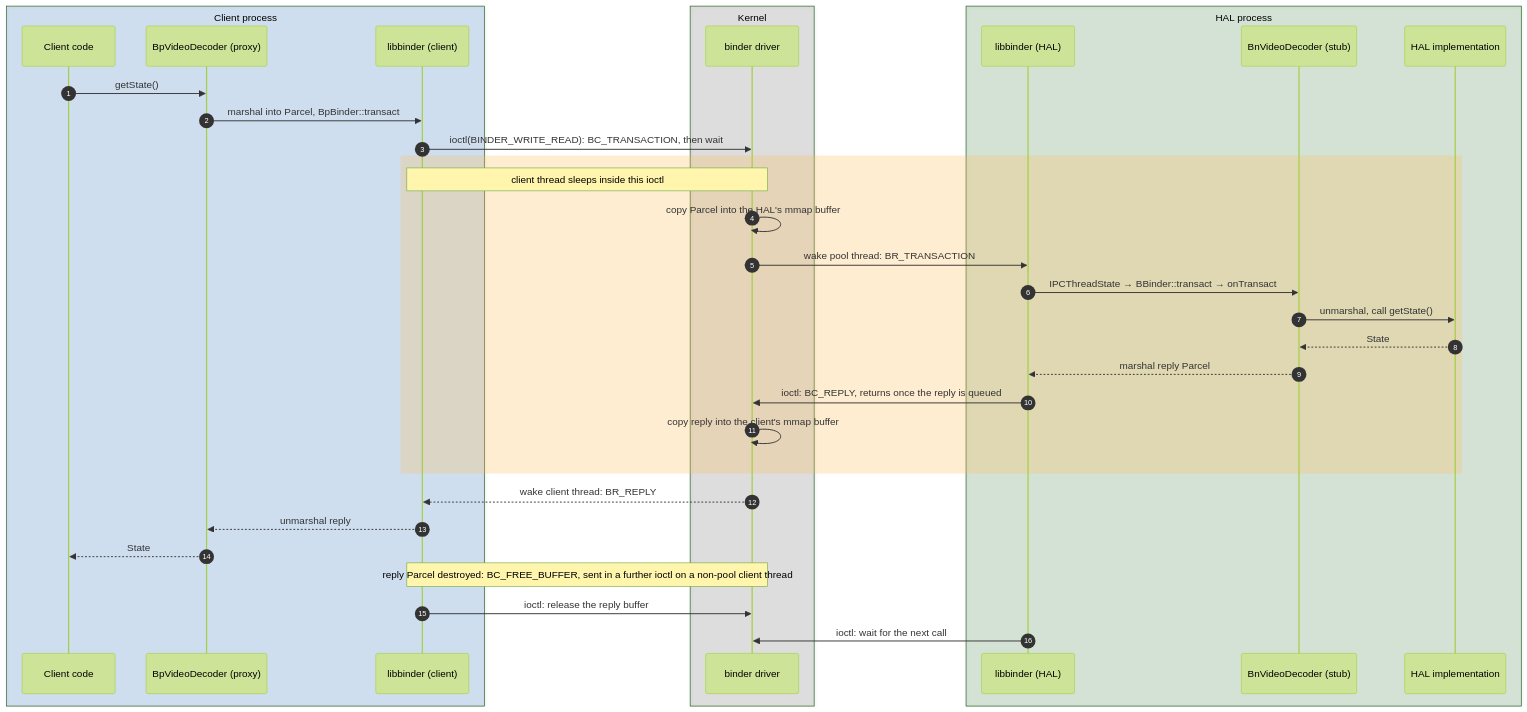
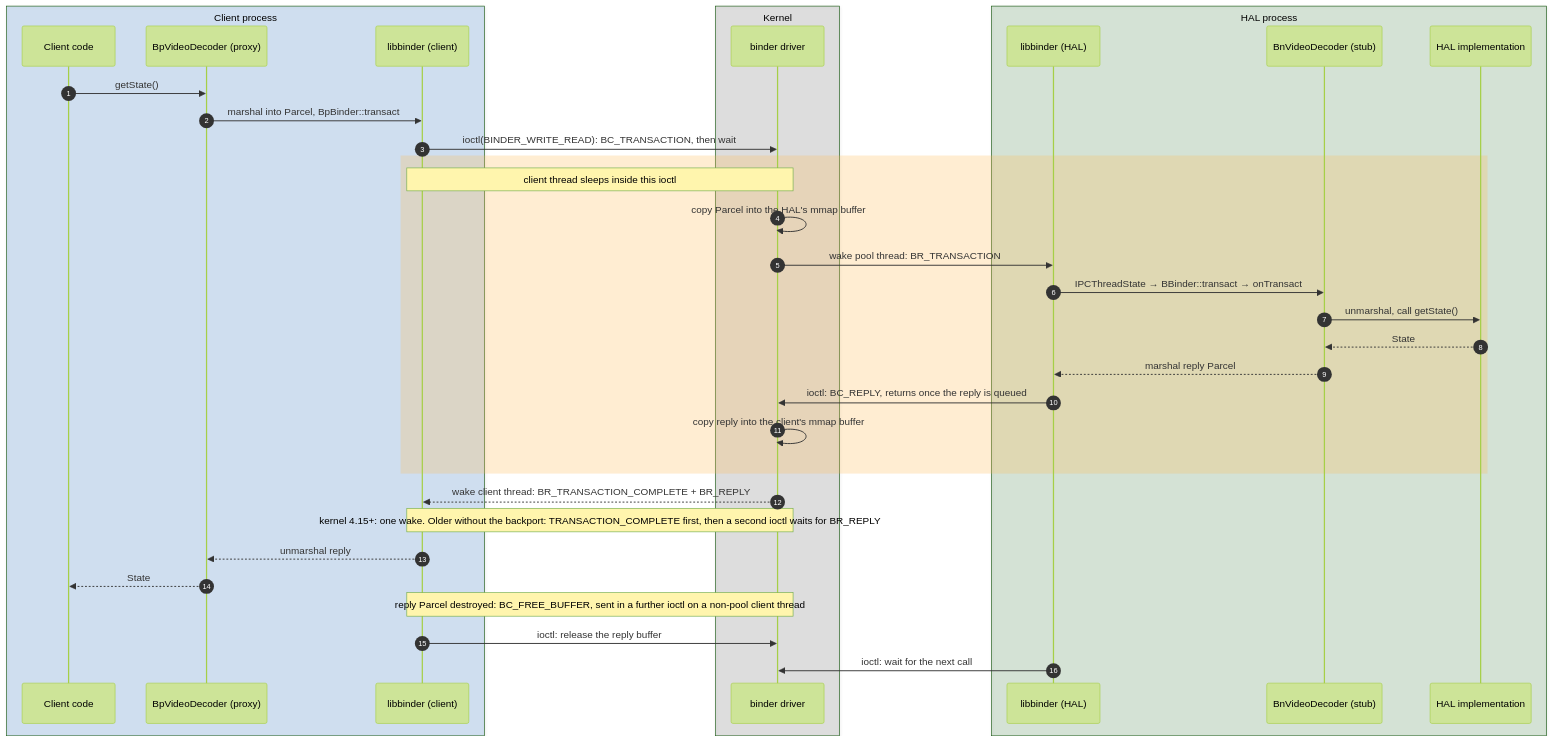
Before and after one commit to rdkcentral/rdk-halif-aidl: the first of 6 diagrams in docs/introduction/binder_call_path.md, drawn with Mermaid (forest theme). The commit also changed other lines of this file and 1 other file, not shown here.

First line of the commit message:
Fix #1033: Add SDK bootstrap, old-kernel count

````diff
--- a/docs/introduction/binder_call_path.md
+++ b/docs/introduction/binder_call_path.md
@@ -9,37 +9,38 @@
 ```mermaid
 sequenceDiagram
     autonumber
     box rgba(21,101,192,0.18) Client process
     participant App as Client code
     participant Px as BpVideoDecoder (proxy)
     participant LA as libbinder (client)
     end
     box rgba(97,97,97,0.18) Kernel
     participant K as binder driver
     end
     box rgba(46,125,50,0.18) HAL process
     participant LB as libbinder (HAL)
     participant St as BnVideoDecoder (stub)
     participant Impl as HAL implementation
     end
     App->>Px: getState()
     Px->>LA: marshal into Parcel, BpBinder::transact
     LA->>K: ioctl(BINDER_WRITE_READ): BC_TRANSACTION, then wait
     rect rgba(255,183,77,0.25)
         Note over LA,K: client thread sleeps inside this ioctl
         K->>K: copy Parcel into the HAL's mmap buffer
         K->>LB: wake pool thread: BR_TRANSACTION
         LB->>St: IPCThreadState → BBinder::transact → onTransact
         St->>Impl: unmarshal, call getState()
         Impl-->>St: State
         St-->>LB: marshal reply Parcel
         LB->>K: ioctl: BC_REPLY, returns once the reply is queued
         K->>K: copy reply into the client's mmap buffer
     end
-    K-->>LA: wake client thread: BR_REPLY
+    K-->>LA: wake client thread: BR_TRANSACTION_COMPLETE + BR_REPLY
+    Note over LA,K: kernel 4.15+: one wake. Older without the backport: TRANSACTION_COMPLETE first, then a second ioctl waits for BR_REPLY
     LA-->>Px: unmarshal reply
     Px-->>App: State
     Note over LA,K: reply Parcel destroyed: BC_FREE_BUFFER, sent in a further ioctl on a non-pool client thread
     LA->>K: ioctl: release the reply buffer
     LB->>K: ioctl: wait for the next call
 ```
````
